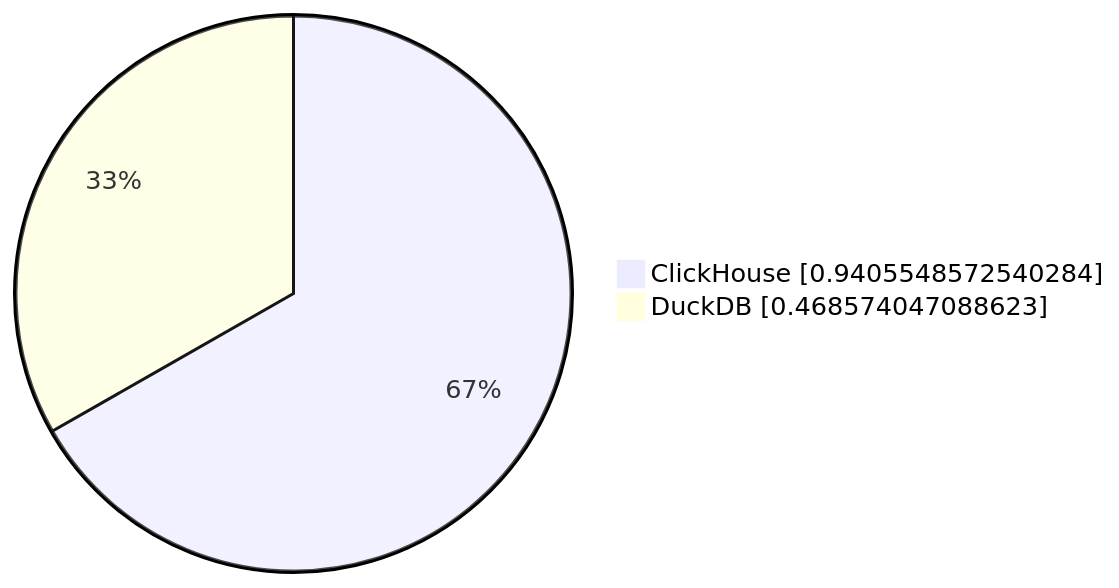
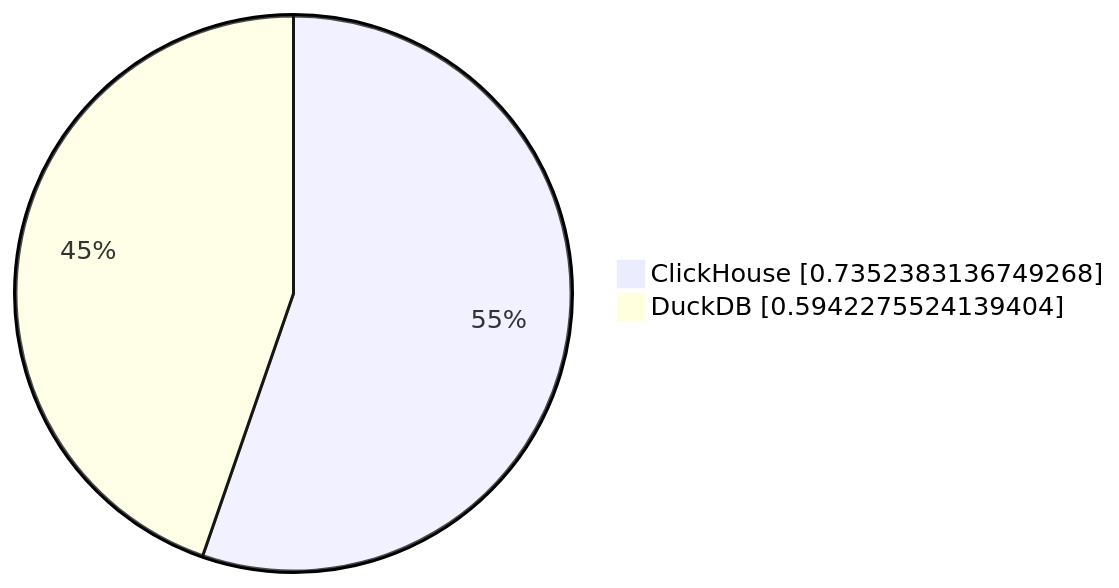
Before and after one commit to Altinity/clickhouse-regression: the first of 10 diagrams in parquet/performance/results/README.md, drawn with Mermaid. The commit also changed other lines of this file and 2 other files, not shown here.

````diff
--- a/parquet/performance/results/README.md
+++ b/parquet/performance/results/README.md
@@ -10,5 +10,5 @@
 ```mermaid
      pie showData
-         "ClickHouse" : 0.9405548572540284
-         "DuckDB" : 0.468574047088623
+         "ClickHouse" : 0.7352383136749268
+         "DuckDB" : 0.5942275524139404
 ```
````
